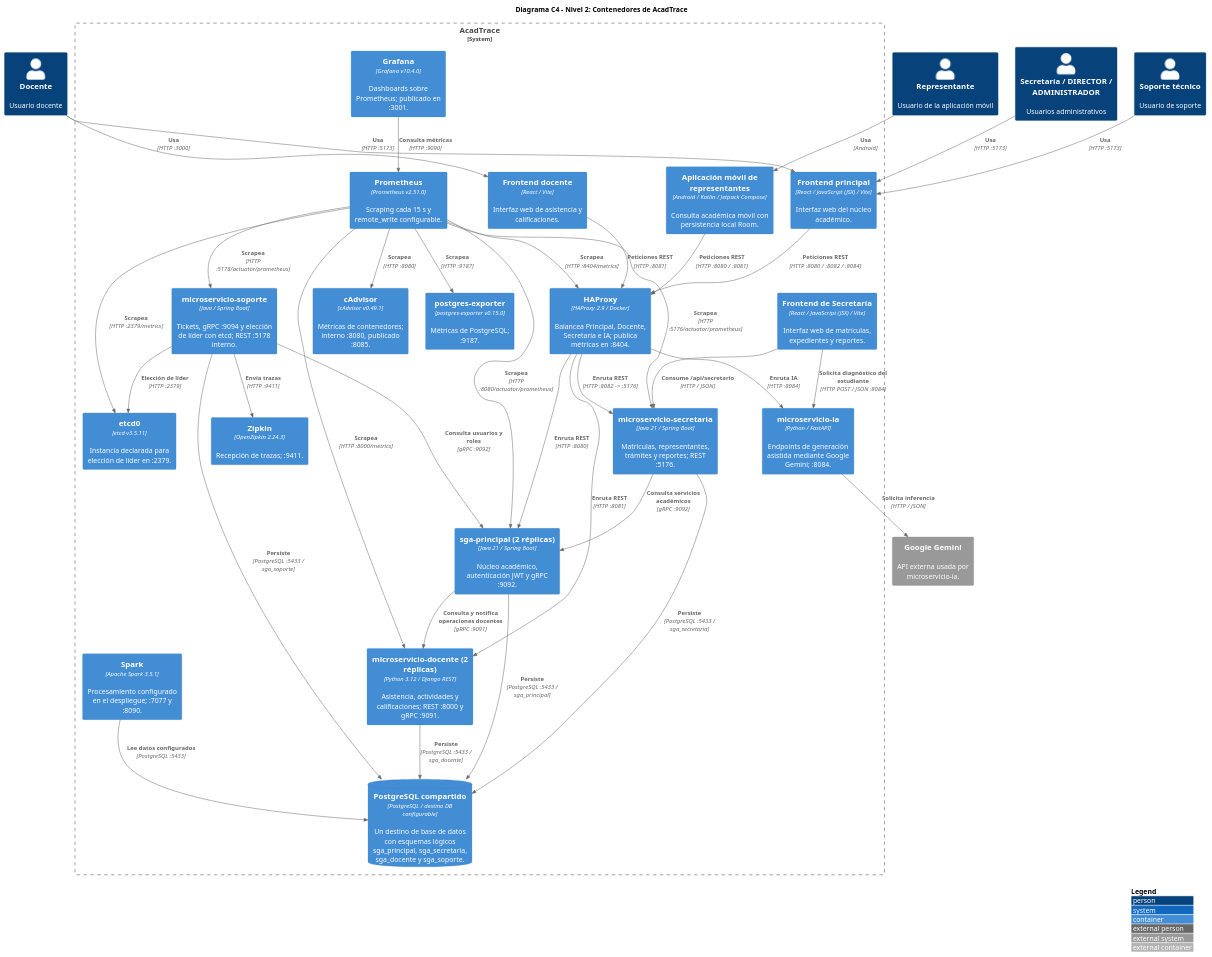
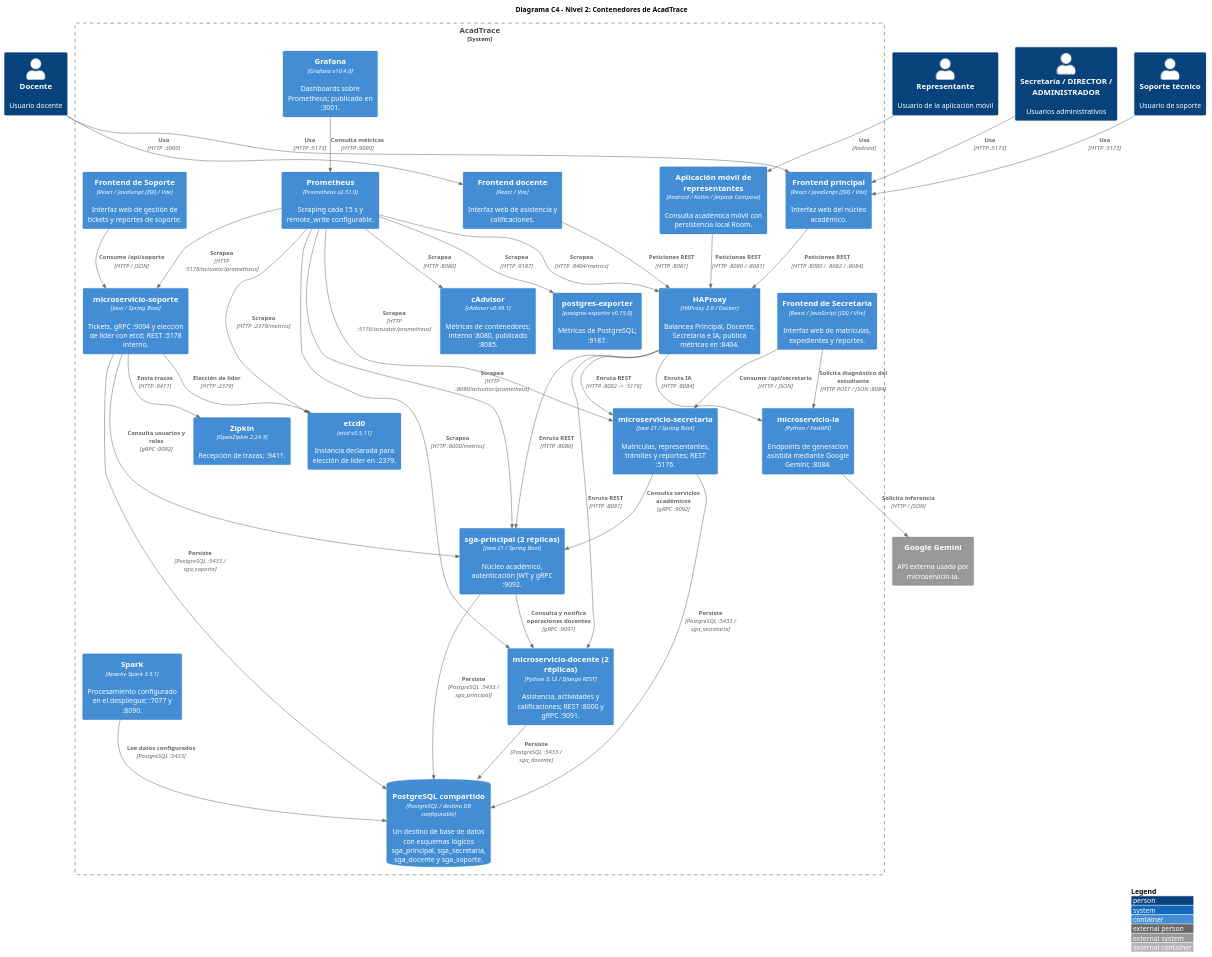
The diagram in docs/diagrams/c4_nivel2_contenedores.puml (gleiston-guerrero/acadtrace), drawn with PlantUML before and after one commit. The commit also changed 3 other files, not shown here.

Commit message:
docs(c4): agregar frontend de soporte

```diff
--- a/docs/diagrams/c4_nivel2_contenedores.puml
+++ b/docs/diagrams/c4_nivel2_contenedores.puml
@@ -1,76 +1,79 @@
 @startuml C4_Nivel2_Contenedores
 !include https://raw.githubusercontent.com/plantuml-stdlib/C4-PlantUML/v2.12.0/C4_Container.puml
 
 LAYOUT_WITH_LEGEND()
 title Diagrama C4 - Nivel 2: Contenedores de AcadTrace
 
 Person(docente, "Docente", "Usuario docente")
 Person(representante, "Representante", "Usuario de la aplicación móvil")
 Person(administrativo, "Secretaría / DIRECTOR / ADMINISTRADOR", "Usuarios administrativos")
 Person(soporte_usuario, "Soporte técnico", "Usuario de soporte")
 
 System_Boundary(acadtrace, "AcadTrace") {
     Container(app_movil, "Aplicación móvil de representantes", "Android / Kotlin / Jetpack Compose", "Consulta académica móvil con persistencia local Room.")
     Container(web_principal, "Frontend principal", "React / JavaScript (JSX) / Vite", "Interfaz web del núcleo académico.")
     Container(web_docente, "Frontend docente", "React / Vite", "Interfaz web de asistencia y calificaciones.")
     Container(web_secretaria, "Frontend de Secretaría", "React / JavaScript (JSX) / Vite", "Interfaz web de matrículas, expedientes y reportes.")
+    Container(web_soporte, "Frontend de Soporte", "React / JavaScript (JSX) / Vite", "Interfaz web de gestión de tickets y reportes de soporte.")
     Container(haproxy, "HAProxy", "HAProxy 2.9 / Docker", "Balancea Principal, Docente, Secretaría e IA; publica métricas en :8404.")
 
     Container(sga_principal, "sga-principal (2 réplicas)", "Java 21 / Spring Boot", "Núcleo académico, autenticación JWT y gRPC :9092.")
     Container(ms_docente, "microservicio-docente (2 réplicas)", "Python 3.12 / Django REST", "Asistencia, actividades y calificaciones; REST :8000 y gRPC :9091.")
     Container(ms_secretaria, "microservicio-secretaria", "Java 21 / Spring Boot", "Matrículas, representantes, trámites y reportes; REST :5176.")
     Container(ms_soporte, "microservicio-soporte", "Java / Spring Boot", "Tickets, gRPC :9094 y elección de líder con etcd; REST :5178 interno.")
     Container(ms_ia, "microservicio-ia", "Python / FastAPI", "Endpoints de generación asistida mediante Google Gemini; :8084.")
 
     ContainerDb(postgres, "PostgreSQL compartido", "PostgreSQL / destino DB configurable", "Un destino de base de datos con esquemas lógicos sga_principal, sga_secretaria, sga_docente y sga_soporte.")
     Container(etcd, "etcd0", "etcd v3.5.11", "Instancia declarada para elección de líder en :2379.")
     Container(prometheus, "Prometheus", "Prometheus v2.51.0", "Scraping cada 15 s y remote_write configurable.")
     Container(grafana, "Grafana", "Grafana v10.4.0", "Dashboards sobre Prometheus; publicado en :3001.")
     Container(cadvisor, "cAdvisor", "cAdvisor v0.49.1", "Métricas de contenedores; interno :8080, publicado :8085.")
     Container(postgres_exporter, "postgres-exporter", "postgres-exporter v0.15.0", "Métricas de PostgreSQL; :9187.")
     Container(zipkin, "Zipkin", "OpenZipkin 2.24.3", "Recepción de trazas; :9411.")
     Container(spark, "Spark", "Apache Spark 3.5.1", "Procesamiento configurado en el despliegue; :7077 y :8090.")
 }
 
 System_Ext(gemini, "Google Gemini", "API externa usada por microservicio-ia.")
 
 Rel(docente, web_principal, "Usa", "HTTP :5173")
 Rel(docente, web_docente, "Usa", "HTTP :3000")
 Rel(representante, app_movil, "Usa", "Android")
 Rel(administrativo, web_principal, "Usa", "HTTP :5173")
 Rel(soporte_usuario, web_principal, "Usa", "HTTP :5173")
 
 Rel(app_movil, haproxy, "Peticiones REST", "HTTP :8080 / :8081")
 Rel(web_principal, haproxy, "Peticiones REST", "HTTP :8080 / :8082 / :8084")
 Rel(web_docente, haproxy, "Peticiones REST", "HTTP :8081")
 Rel(web_secretaria, ms_secretaria, "Consume /api/secretario", "HTTP / JSON")
 
+Rel(web_soporte, ms_soporte, "Consume /api/soporte", "HTTP / JSON")
+
 Rel(haproxy, sga_principal, "Enruta REST", "HTTP :8080")
 Rel(haproxy, ms_docente, "Enruta REST", "HTTP :8081")
 Rel(haproxy, ms_secretaria, "Enruta REST", "HTTP :8082 -> :5176")
 Rel(haproxy, ms_ia, "Enruta IA", "HTTP :8084")
 Rel(ms_soporte, sga_principal, "Consulta usuarios y roles", "gRPC :9092")
 Rel(sga_principal, ms_docente, "Consulta y notifica operaciones docentes", "gRPC :9091")
 Rel(ms_secretaria, sga_principal, "Consulta servicios académicos", "gRPC :9092")
 Rel(web_secretaria, ms_ia, "Solicita diagnóstico del estudiante", "HTTP POST / JSON :8084")
 Rel(ms_ia, gemini, "Solicita inferencia", "HTTP / JSON")
 
 Rel(sga_principal, postgres, "Persiste", "PostgreSQL :5433 / sga_principal")
 Rel(ms_secretaria, postgres, "Persiste", "PostgreSQL :5433 / sga_secretaria")
 Rel(ms_docente, postgres, "Persiste", "PostgreSQL :5433 / sga_docente")
 Rel(ms_soporte, postgres, "Persiste", "PostgreSQL :5433 / sga_soporte")
 Rel(ms_soporte, etcd, "Elección de líder", "HTTP :2379")
 
 Rel(prometheus, sga_principal, "Scrapea", "HTTP :8080/actuator/prometheus")
 Rel(prometheus, ms_docente, "Scrapea", "HTTP :8000/metrics")
 Rel(prometheus, ms_secretaria, "Scrapea", "HTTP :5176/actuator/prometheus")
 Rel(prometheus, ms_soporte, "Scrapea", "HTTP :5178/actuator/prometheus")
 Rel(prometheus, haproxy, "Scrapea", "HTTP :8404/metrics")
 Rel(prometheus, etcd, "Scrapea", "HTTP :2379/metrics")
 Rel(prometheus, cadvisor, "Scrapea", "HTTP :8080")
 Rel(prometheus, postgres_exporter, "Scrapea", "HTTP :9187")
 Rel(grafana, prometheus, "Consulta métricas", "HTTP :9090")
 Rel(ms_soporte, zipkin, "Envía trazas", "HTTP :9411")
 Rel(spark, postgres, "Lee datos configurados", "PostgreSQL :5433")
 
 @enduml
```
